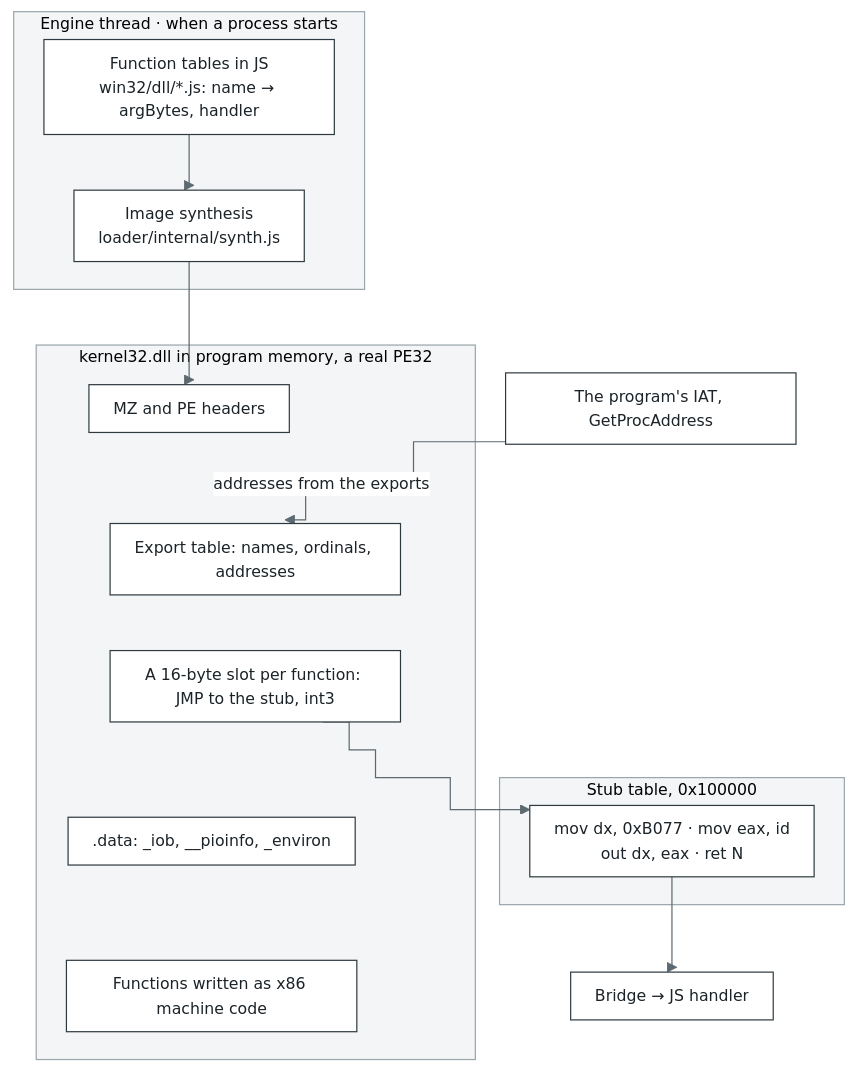
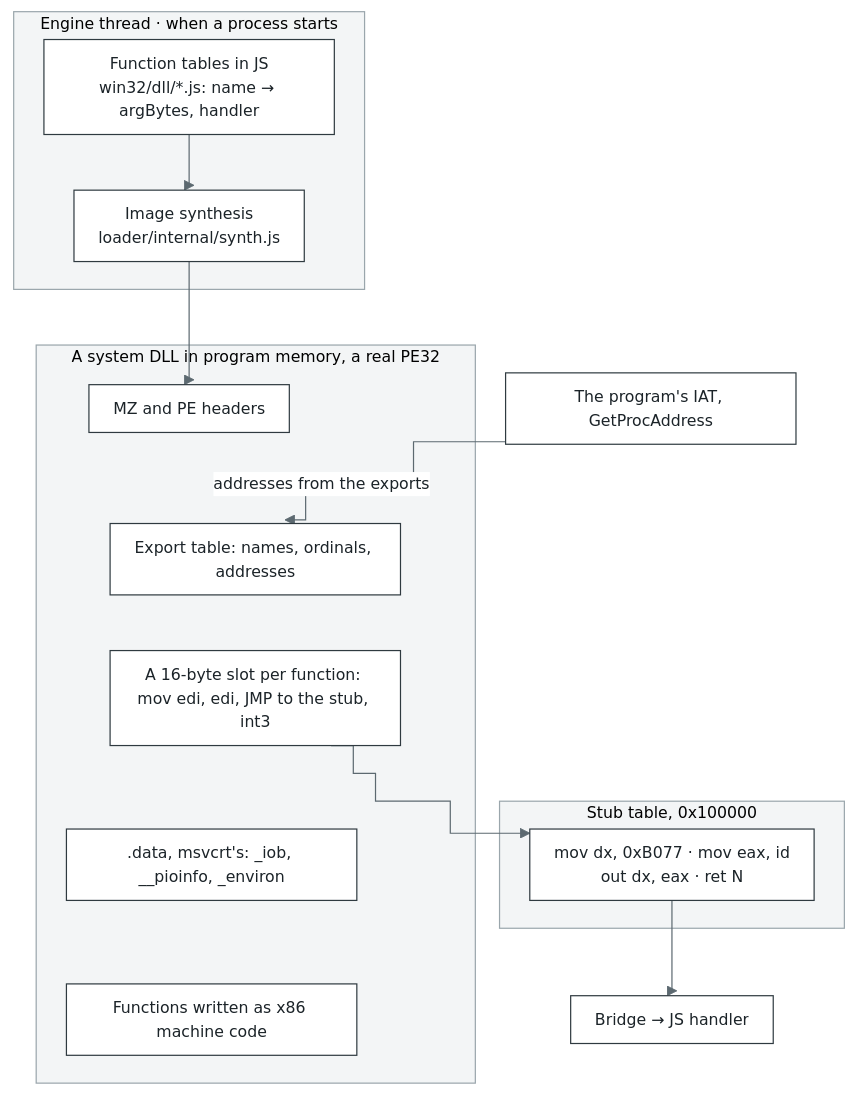
Before and after one commit to bottlify/bottlify: the fourth of 10 diagrams in docs/architecture.md, drawn with Mermaid. The commit also changed other lines of this file and 5 other files, not shown here.

````diff
--- a/docs/architecture.md
+++ b/docs/architecture.md
@@ -465,24 +512,24 @@
 ```mermaid
 %%{init: {"theme": "base", "flowchart": {"curve": "step", "nodeSpacing": 30, "rankSpacing": 46, "padding": 10}, "themeVariables": {"fontFamily": "Inter, Segoe UI, Helvetica, Arial, sans-serif", "fontSize": "13px", "primaryColor": "#FFFFFF", "primaryBorderColor": "#2F3A40", "primaryTextColor": "#1B2328", "lineColor": "#5C6970", "clusterBkg": "#F3F5F6", "clusterBorder": "#9AA6AC", "edgeLabelBackground": "#FFFFFF"}}}%%
 flowchart TB
   subgraph E1["Engine thread · when a process starts"]
     TBL["Function tables in JS<br/>win32/dll/*.js: name → argBytes, handler"]
     SYN["Image synthesis<br/>loader/internal/synth.js"]
   end
-  subgraph IMG["kernel32.dll in program memory, a real PE32"]
+  subgraph IMG["A system DLL in program memory, a real PE32"]
     H1["MZ and PE headers"]
     H2["Export table: names, ordinals, addresses"]
-    H3["A 16-byte slot per function: JMP to the stub, int3"]
-    H4[".data: _iob, __pioinfo, _environ"]
+    H3["A 16-byte slot per function: mov edi, edi, JMP to the stub, int3"]
+    H4[".data, msvcrt's: _iob, __pioinfo, _environ"]
     H5["Functions written as x86 machine code"]
   end
   subgraph STB["Stub table, 0x100000"]
     TH["mov dx, 0xB077 · mov eax, id<br/>out dx, eax · ret N"]
   end
   BR["Bridge → JS handler"]
   IAT["The program's IAT, GetProcAddress"]
   TBL --> SYN --> H1
   H1 ~~~ H2 ~~~ H3 ~~~ H4 ~~~ H5
   IAT -->|"addresses from the exports"| H2
   H3 --> TH --> BR
 ```
````
